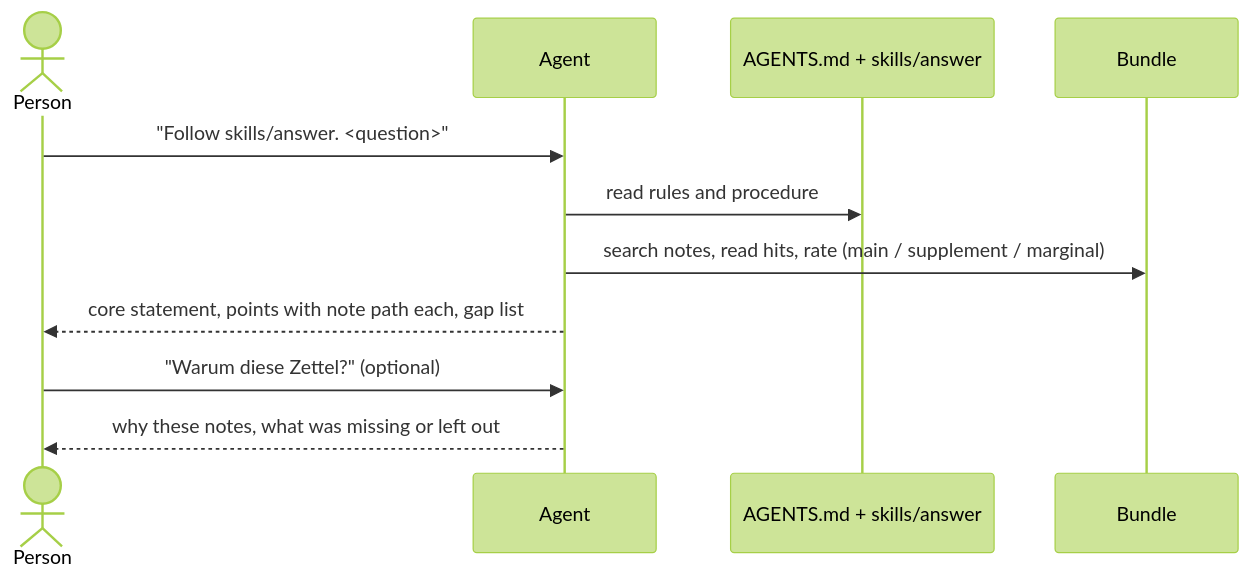
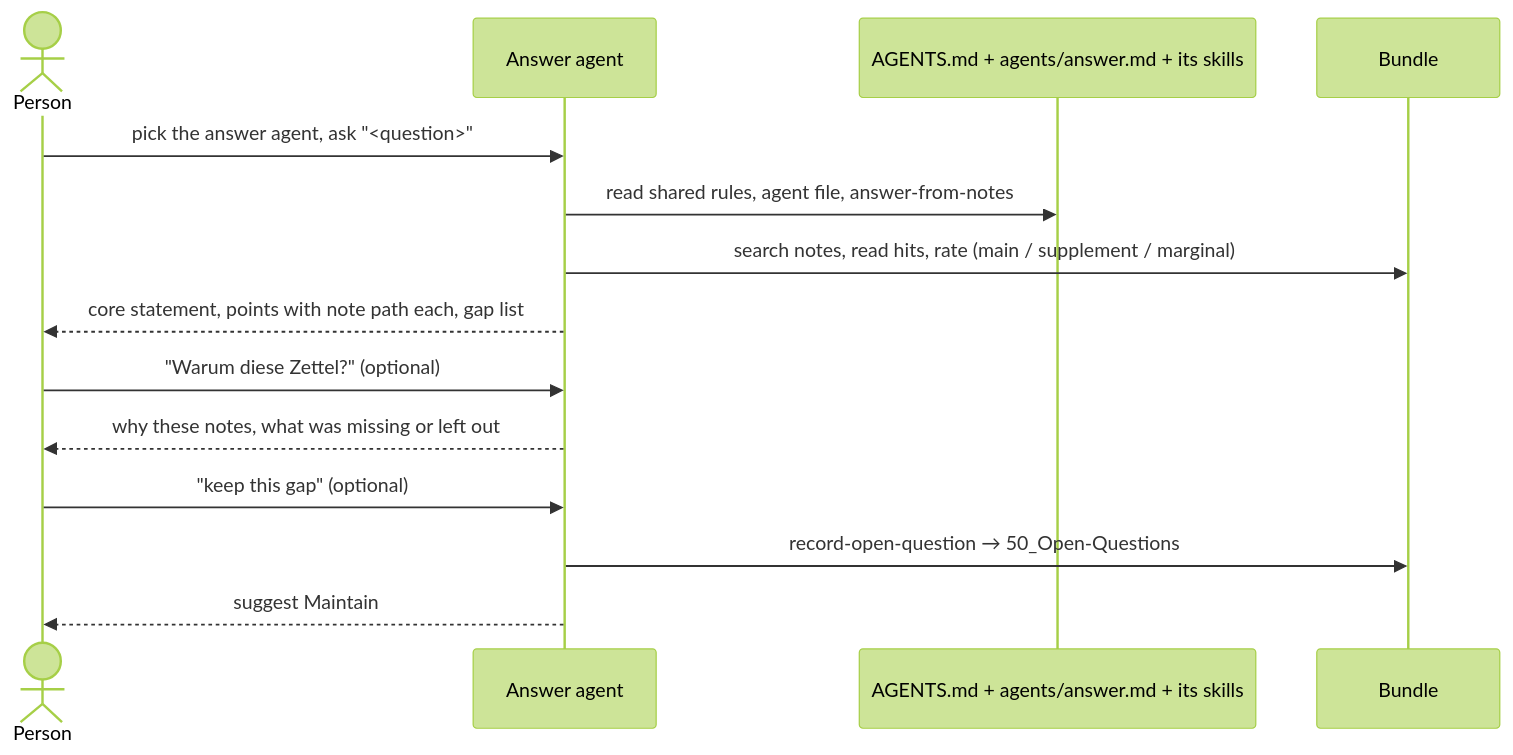
Before and after one commit to danib8005/Zettelkasten-hub: the second of 2 diagrams in docs/architecture.md, drawn with Mermaid (forest theme). The commit also changed other lines of this file and 9 other files, not shown here.

Commit message:
Step 6: README 'How it works' with the loop, updated guide, architecture, diagrams, standards, acceptance; example capture and open question

````diff
--- a/docs/architecture.md
+++ b/docs/architecture.md
@@ -79,13 +104,16 @@
 ```mermaid
 sequenceDiagram
   actor U as Person
-  participant A as Agent
-  participant R as AGENTS.md + skills/answer
+  participant A as Answer agent
+  participant R as AGENTS.md + agents/answer.md + its skills
   participant B as Bundle
-  U->>A: "Follow skills/answer. <question>"
-  A->>R: read rules and procedure
+  U->>A: pick the answer agent, ask "<question>"
+  A->>R: read shared rules, agent file, answer-from-notes
   A->>B: search notes, read hits, rate (main / supplement / marginal)
   A-->>U: core statement, points with note path each, gap list
   U->>A: "Warum diese Zettel?" (optional)
   A-->>U: why these notes, what was missing or left out
+  U->>A: "keep this gap" (optional)
+  A->>B: record-open-question → 50_Open-Questions
+  A-->>U: suggest Maintain
 ```
````
